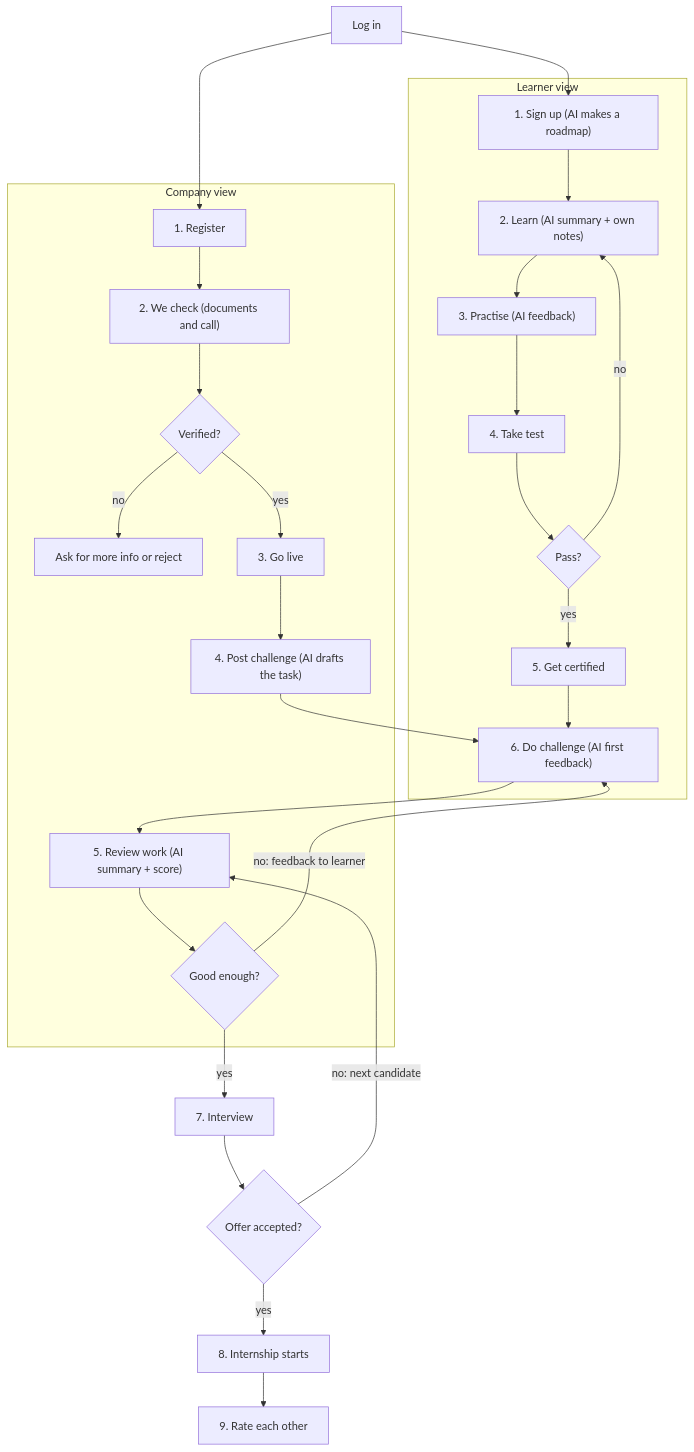
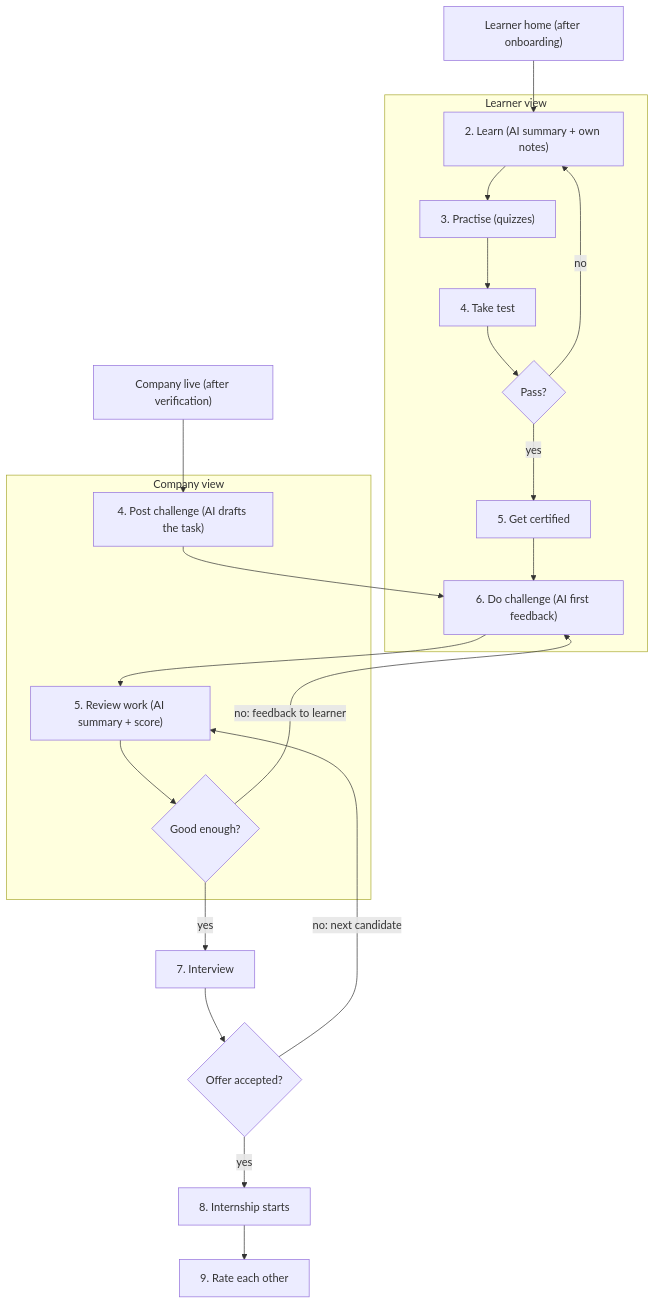
Before and after one commit to AI-Ocean-UXMM-2026/Team-5: the third of 3 diagrams in docs/citadel-flow-and-ia.md, drawn with Mermaid. The commit also changed other lines of this file and 42 other files, not shown here.

````diff
--- a/docs/citadel-flow-and-ia.md
+++ b/docs/citadel-flow-and-ia.md
@@ -66,34 +116,29 @@
 ```mermaid
 flowchart TD
-  login["Log in"]
-  login --> L1
-  login --> C1
+  home["Learner home (after onboarding)"] --> L2
+  live["Company live (after verification)"] --> C4
 
   subgraph Learner view
-    L1["1. Sign up (AI makes a roadmap)"] --> L2["2. Learn (AI summary + own notes)"]
-    L2 --> L3["3. Practise (AI feedback)"]
+    L2["2. Learn (AI summary + own notes)"]
+    L2 --> L3["3. Practise (quizzes)"]
     L3 --> L4["4. Take test"]
     L4 --> LP{"Pass?"}
     LP -- no --> L2
     LP -- yes --> L5["5. Get certified"]
     L5 --> L6["6. Do challenge (AI first feedback)"]
   end
 
   subgraph Company view
-    C1["1. Register"] --> C2["2. We check (documents and call)"]
-    C2 --> CV{"Verified?"}
-    CV -- no --> CN["Ask for more info or reject"]
-    CV -- yes --> C3["3. Go live"]
-    C3 --> C4["4. Post challenge (AI drafts the task)"]
+    C4["4. Post challenge (AI drafts the task)"]
     C6["5. Review work (AI summary + score)"] --> CG{"Good enough?"}
   end
 
   C4 --> L6
   L6 --> C6
   CG -- no: feedback to learner --> L6
   CG -- yes --> S1["7. Interview"]
   S1 --> SO{"Offer accepted?"}
   SO -- no: next candidate --> C6
   SO -- yes --> S2["8. Internship starts"]
   S2 --> S3["9. Rate each other"]
 ```
````
